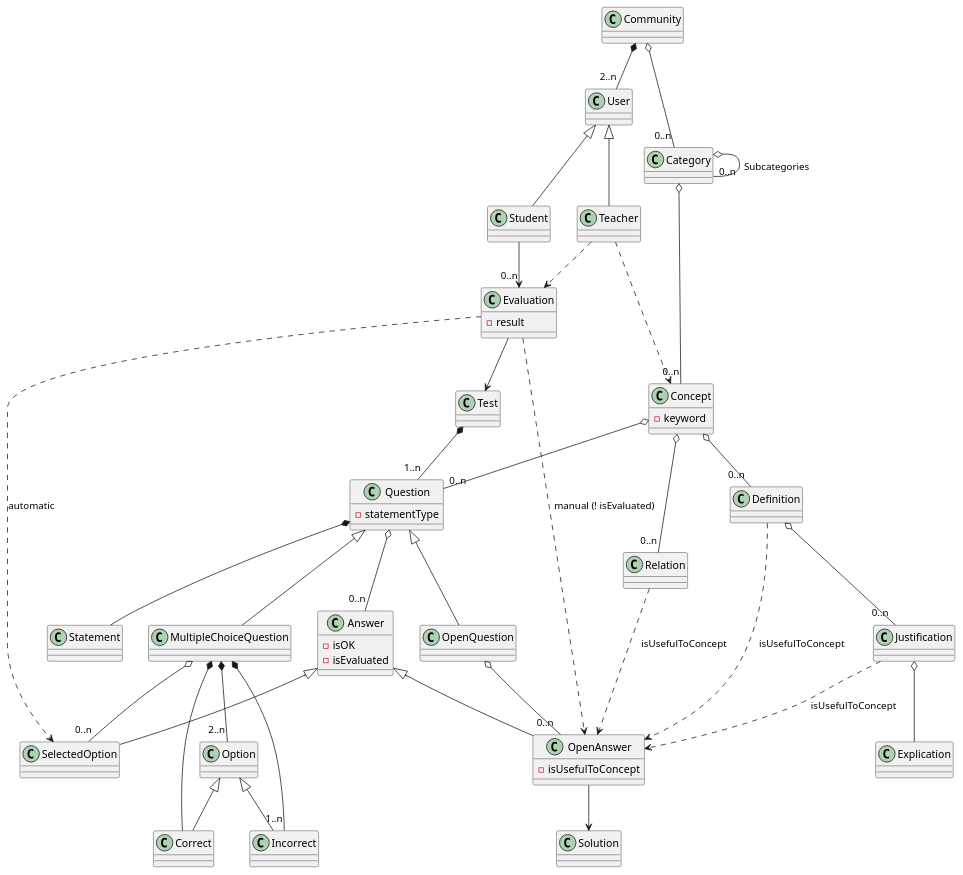
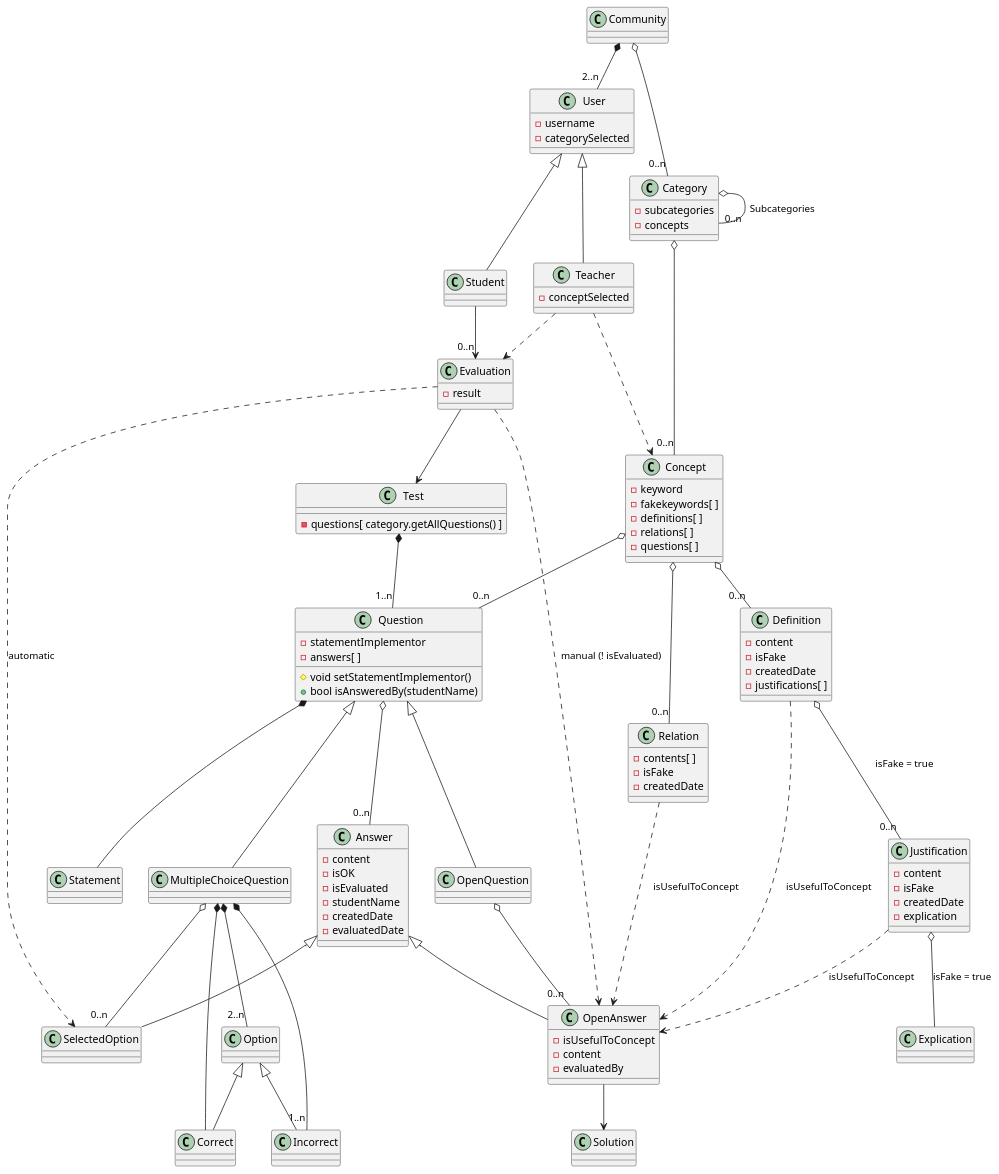
One commit to Joselon/ProyectoOpoTest changed the diagram in doc/dominio_clases.puml. Above: the diagram before and after it, drawn with PlantUML. The commit also changed 7 other files, not shown here.

```diff
--- a/doc/dominio_clases.puml
+++ b/doc/dominio_clases.puml
@@ -1,97 +1,142 @@
 @startuml OpoTestDomain
 
 class Community
 
-class User
+class User {
+    - username
+    - categorySelected
+}
 
-class Teacher
+class Teacher {
+    -conceptSelected
+}
 
 class Student
 
 class Evaluation {
     - result
 }
 
-class Category 
+class Category {
+    -subcategories
+    -concepts
+}
 
-class Test 
+class Test {
+    - questions[ category.getAllQuestions() ]
+}
 
 class Concept {
     - keyword
+    - fakekeywords[ ]
+    - definitions[ ]
+    - relations[ ]
+    - questions[ ]
+}
+
+class Definition {
+    - content
+    - isFake
+    - createdDate
+    - justifications[ ]
+}
+
+class Justification {
+    - content
+    - isFake
+    - createdDate
+    - explication
+}
+
+class Relation {
+    - contents[ ]
+    - isFake
+    - createdDate
 }
 
 class Question {
-    - statementType
+    - statementImplementor
+    - answers[ ]
+    # void setStatementImplementor()
+    + bool isAnsweredBy(studentName)
 }
 
 class Statement
 
 class Answer {
+    - content
     - isOK
     - isEvaluated
+    - studentName
+    - createdDate
+    - evaluatedDate
 }
 
 class MultipleChoiceQuestion
 
 class OpenQuestion
 
 class Option
 
 class Correct
 
 Class Incorrect
 
 class OpenAnswer {
     - isUsefulToConcept
+    - content
+    - evaluatedBy
 }
 
-Class SelectedOption
+Class SelectedOption {
+
+}
 
 
 Community *--"2..n" User
 Community o--"0..n" Category
 
 Category o--"0..n" Category : Subcategories
 
 User <|-- Teacher
 User <|-- Student
 
 Teacher ..> Concept
 Category o--"0..n" Concept
 'Concept --o Category
 Concept o--"0..n" Question
 'Question --o Concept
 Concept o--"0..n" Definition
-Definition o--"0..n" Justification
-Justification o-- Explication
+Definition o--"0..n" Justification: isFake = true
+Justification o-- Explication: isFake = true
 Concept o--"0..n" Relation
 
 Student -->"0..n" Evaluation
 Evaluation --> Test
 
 Teacher ..> Evaluation
 Definition ..> OpenAnswer :isUsefulToConcept
 Justification ..> OpenAnswer :isUsefulToConcept
 Relation ..> OpenAnswer :isUsefulToConcept
 
 Evaluation ..> OpenAnswer : manual (! isEvaluated)
 Evaluation ..> SelectedOption : automatic
 
 Test *--"1..n" Question
 Question <|-- MultipleChoiceQuestion
 Question <|-- OpenQuestion
 Question *--   Statement
 MultipleChoiceQuestion *--"2..n" Option
 Option <|-- Incorrect
 Option <|-- Correct
 MultipleChoiceQuestion *-- Correct
 MultipleChoiceQuestion *--"1..n" Incorrect
 MultipleChoiceQuestion o--"0..n" SelectedOption
 OpenQuestion o--"0..n" OpenAnswer
 Question o--"0..n" Answer
 Answer <|-- OpenAnswer
 Answer <|-- SelectedOption
 OpenAnswer --> Solution
 
 
 @enduml
```
